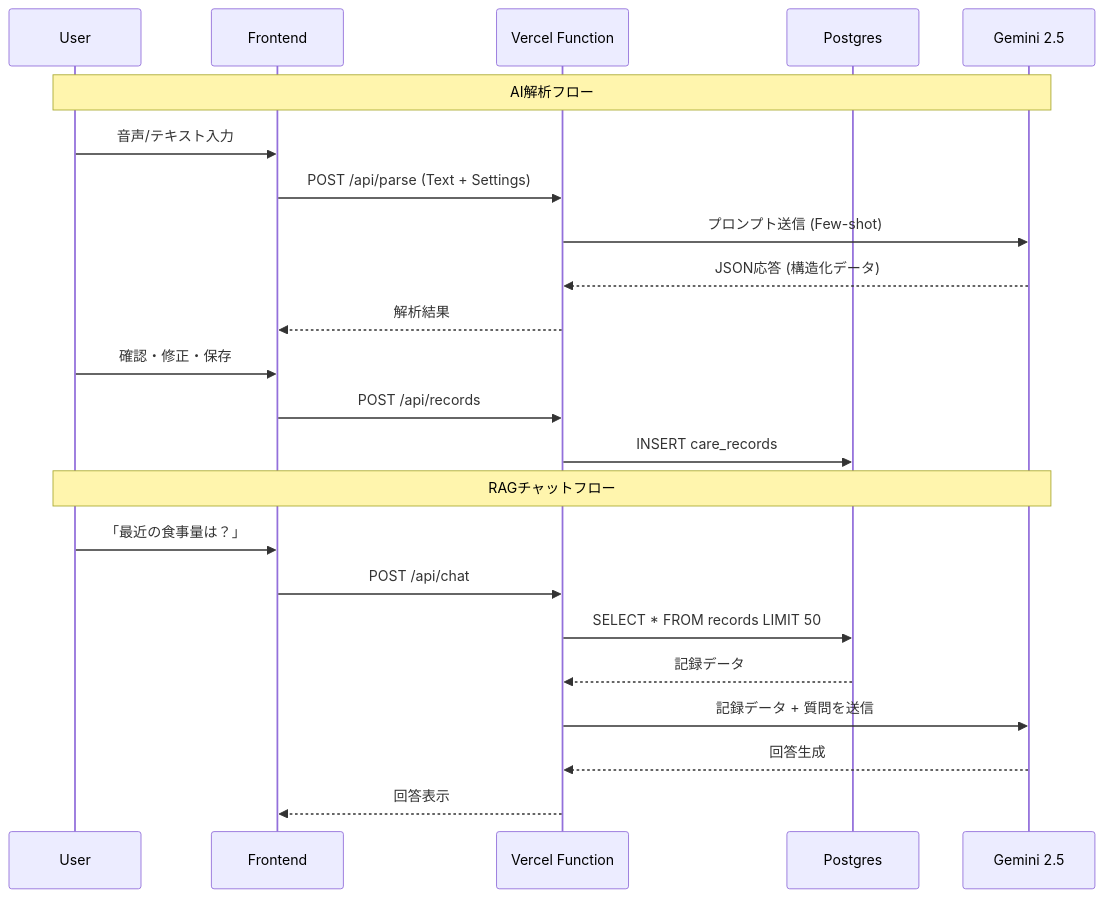
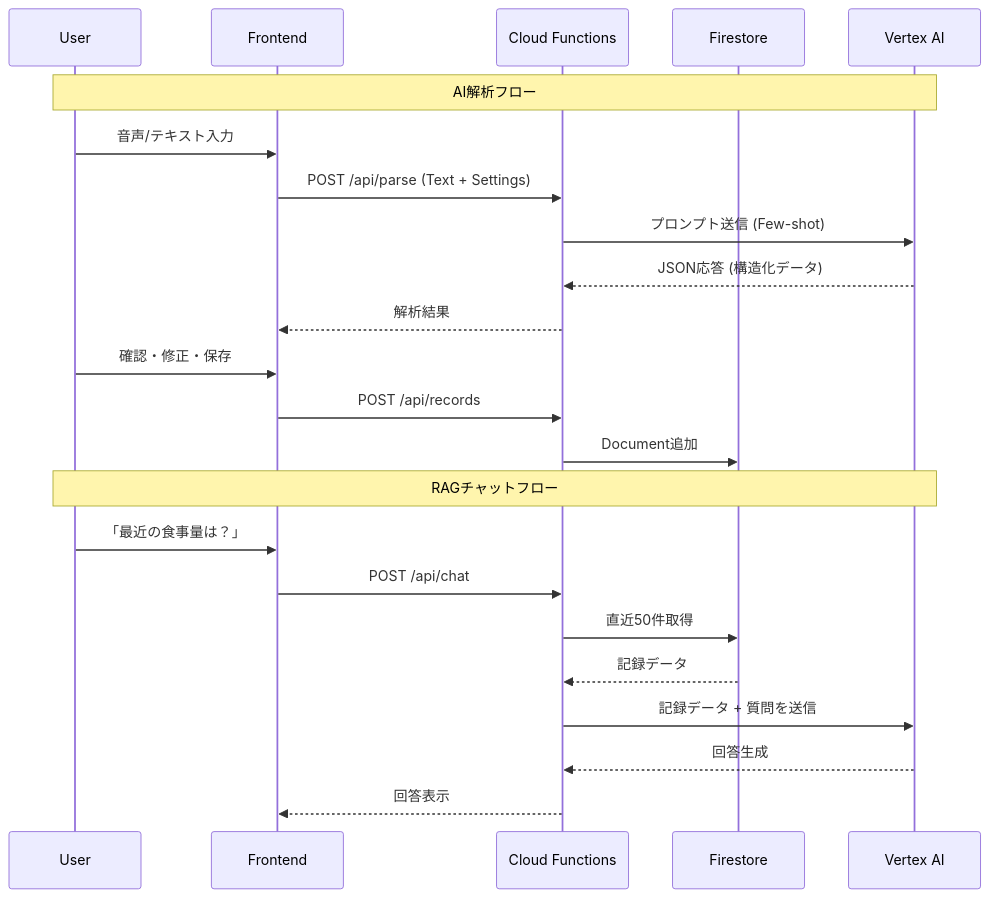
The second of 2 diagrams in docs/ARCHITECTURE.md (yasushihonda-acg/care-log-ai-jp), drawn with Mermaid before and after one commit. The commit also changed other lines of this file and 6 other files, not shown here.

````diff
--- a/docs/ARCHITECTURE.md
+++ b/docs/ARCHITECTURE.md
@@ -54,27 +69,27 @@
 ```mermaid
 sequenceDiagram
     participant U as User
     participant FE as Frontend
-    participant API as Vercel Function
-    participant DB as Postgres
-    participant AI as Gemini 2.5
+    participant CF as Cloud Functions
+    participant FS as Firestore
+    participant VA as Vertex AI
 
-    Note over U, AI: AI解析フロー
+    Note over U, VA: AI解析フロー
     U->>FE: 音声/テキスト入力
-    FE->>API: POST /api/parse (Text + Settings)
-    API->>AI: プロンプト送信 (Few-shot)
-    AI-->>API: JSON応答 (構造化データ)
-    API-->>FE: 解析結果
+    FE->>CF: POST /api/parse (Text + Settings)
+    CF->>VA: プロンプト送信 (Few-shot)
+    VA-->>CF: JSON応答 (構造化データ)
+    CF-->>FE: 解析結果
     U->>FE: 確認・修正・保存
-    FE->>API: POST /api/records
-    API->>DB: INSERT care_records
+    FE->>CF: POST /api/records
+    CF->>FS: Document追加
 
-    Note over U, AI: RAGチャットフロー
+    Note over U, VA: RAGチャットフロー
     U->>FE: 「最近の食事量は？」
-    FE->>API: POST /api/chat
-    API->>DB: SELECT * FROM records LIMIT 50
-    DB-->>API: 記録データ
-    API->>AI: 記録データ + 質問を送信
-    AI-->>API: 回答生成
-    API-->>FE: 回答表示
+    FE->>CF: POST /api/chat
+    CF->>FS: 直近50件取得
+    FS-->>CF: 記録データ
+    CF->>VA: 記録データ + 質問を送信
+    VA-->>CF: 回答生成
+    CF-->>FE: 回答表示
 ```
````
